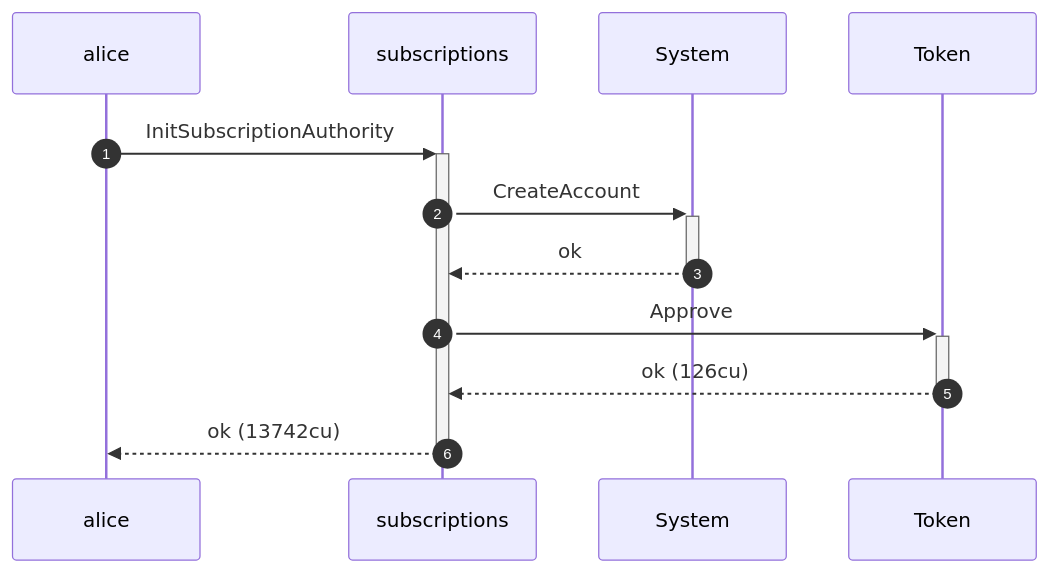
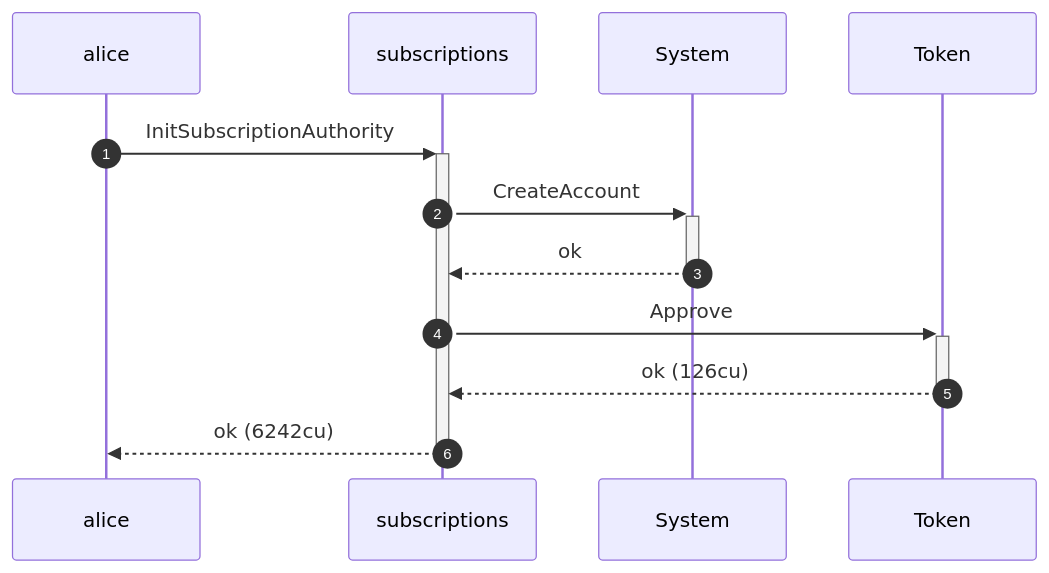
The second of 4 diagrams in dsl_tests/sentinel-start-rejects-an-already-elapsed-expiry.md (cds-rs/subscriptions), drawn with Mermaid before and after one commit. The commit also changed other lines of this file and 224 other files, not shown here.

````diff
--- a/dsl_tests/sentinel-start-rejects-an-already-elapsed-expiry.md
+++ b/dsl_tests/sentinel-start-rejects-an-already-elapsed-expiry.md
@@ -38,14 +39,14 @@
 ```mermaid
 sequenceDiagram
     autonumber
     participant alice
     participant subscriptions
     participant System
     participant Token
     alice ->>+ subscriptions: InitSubscriptionAuthority
     subscriptions ->>+ System: CreateAccount
     System -->>- subscriptions: ok
     subscriptions ->>+ Token: Approve
     Token -->>- subscriptions: ok (126cu)
-    subscriptions -->>- alice: ok (13742cu)
+    subscriptions -->>- alice: ok (6242cu)
 ```
````
